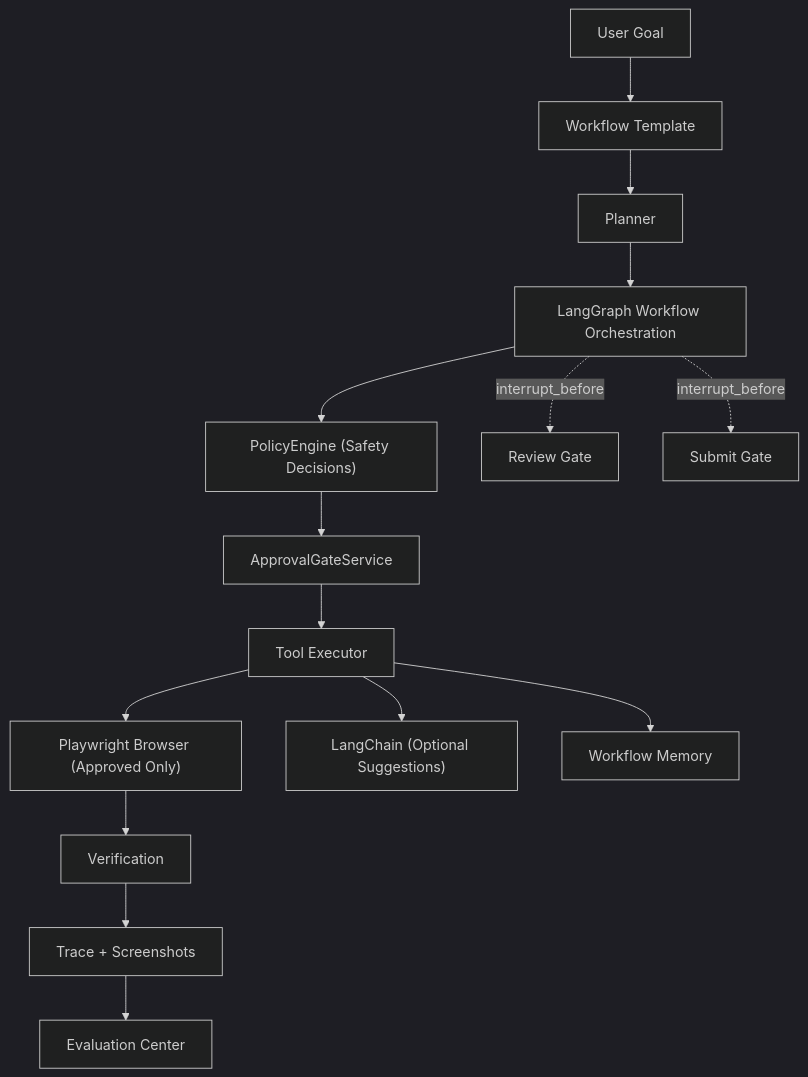
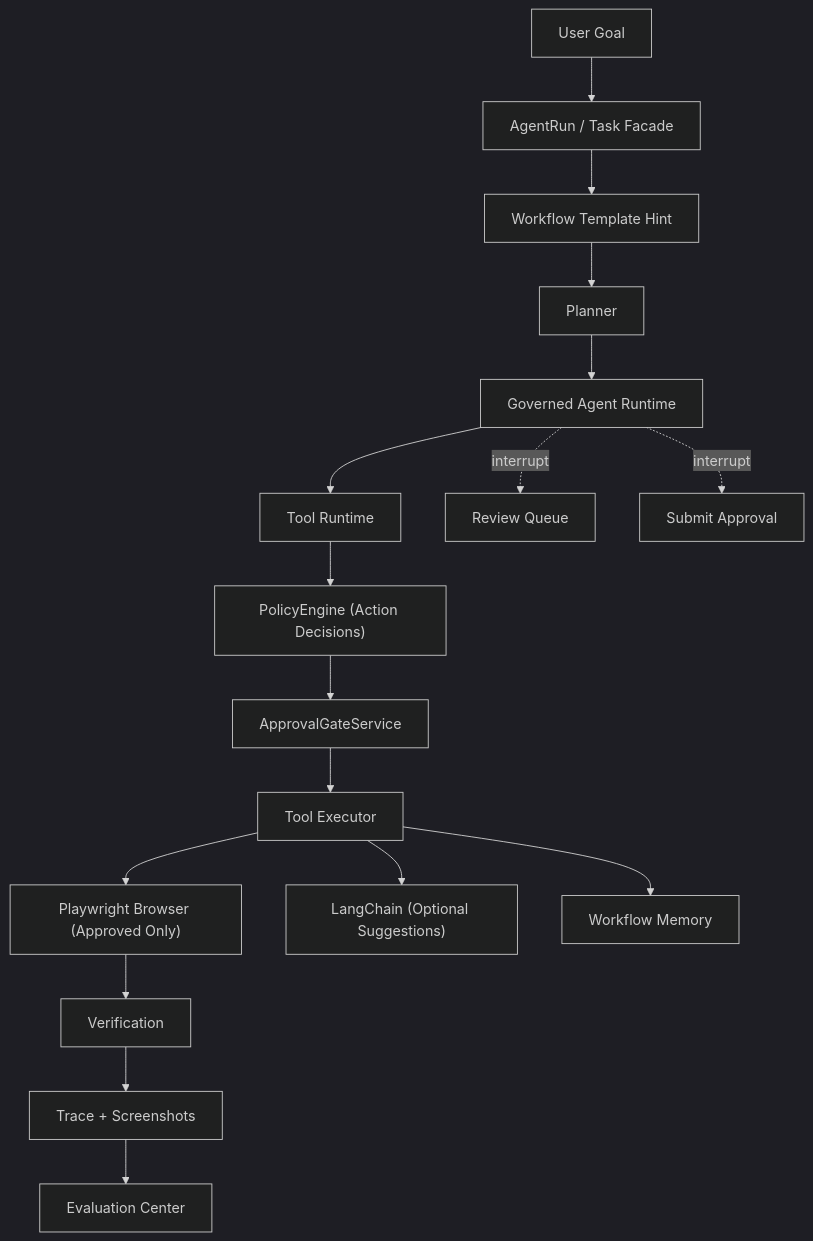
The diagram in docs/architecture.md (Wuaomo/AI-Web-Form-Agent), drawn with Mermaid (dark theme) before and after one commit. The commit also changed other lines of this file and 2 other files, not shown here.

Commit message:
docs: align runtime facade wording

````diff
--- a/docs/architecture.md
+++ b/docs/architecture.md
@@ -11,17 +11,19 @@
 ```mermaid
 flowchart TD
-  Goal["User Goal"] --> Template["Workflow Template"]
+  Goal["User Goal"] --> AgentRun["AgentRun / Task Facade"]
+  AgentRun --> Template["Workflow Template Hint"]
   Template --> Planner["Planner"]
-  Planner --> LangGraph["LangGraph Workflow Orchestration"]
-  LangGraph --> Policy["PolicyEngine (Safety Decisions)"]
+  Planner --> Runtime["Governed Agent Runtime"]
+  Runtime --> ToolRuntime["Tool Runtime"]
+  ToolRuntime --> Policy["PolicyEngine (Action Decisions)"]
   Policy --> Approval["ApprovalGateService"]
   Approval --> Executor["Tool Executor"]
   Executor --> Browser["Playwright Browser (Approved Only)"]
   Executor --> LangChain["LangChain (Optional Suggestions)"]
   Executor --> Memory["Workflow Memory"]
   Browser --> Verify["Verification"]
   Verify --> Trace["Trace + Screenshots"]
   Trace --> Eval["Evaluation Center"]
-  LangGraph -.->|"interrupt_before"| ReviewGate["Review Gate"]
-  LangGraph -.->|"interrupt_before"| SubmitGate["Submit Gate"]
+  Runtime -.->|"interrupt"| ReviewGate["Review Queue"]
+  Runtime -.->|"interrupt"| SubmitGate["Submit Approval"]
 ```
````
